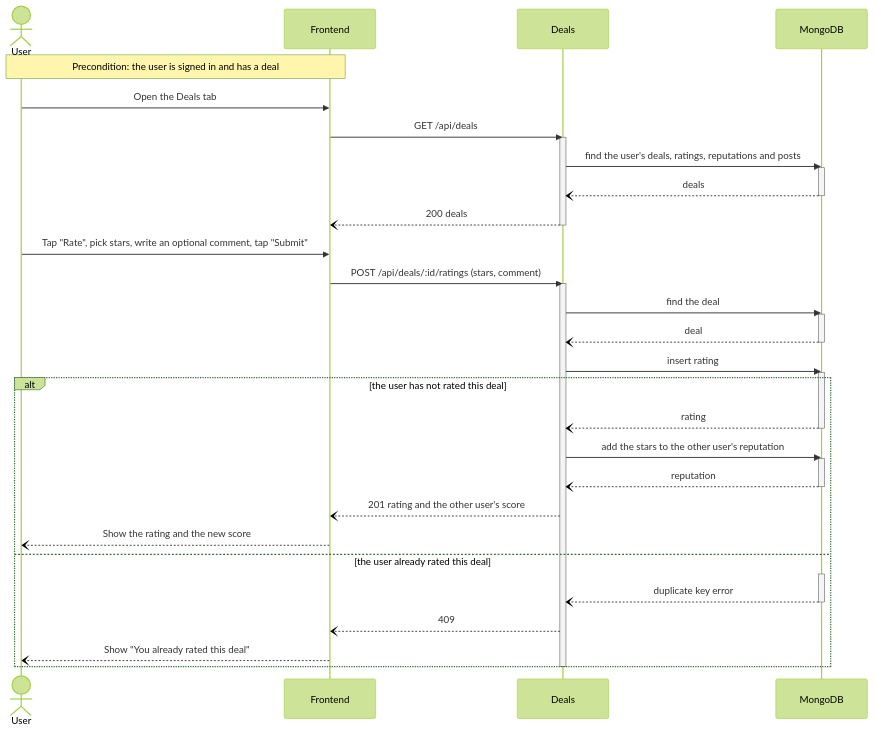
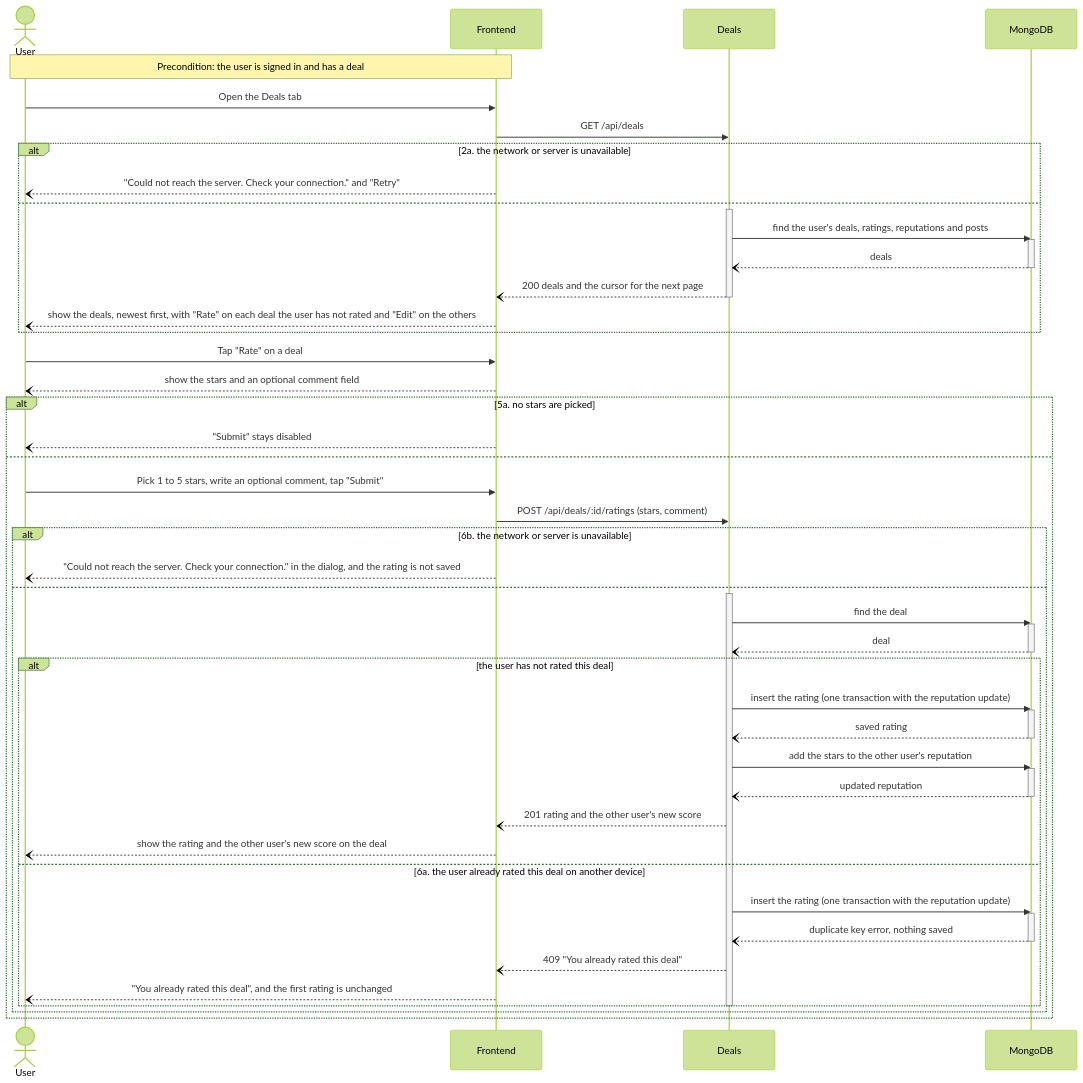
The third of 6 diagrams in documentation/Requirements_and_Design.md (UBC-CPEN-V-321/W2026), drawn with Mermaid (forest theme) before and after one commit. The commit also changed other lines of this file and 1 other file, not shown here.

First line of the commit message:
docs: record the CP3 peer reviews and show every failure in the sequence diagrams (#214)

````diff
--- a/documentation/Requirements_and_Design.md
+++ b/documentation/Requirements_and_Design.md
@@ -532,43 +547,59 @@
 ```mermaid
 sequenceDiagram
     actor U as User
     participant FE as Frontend
     participant D as Deals
     participant DB as MongoDB
     Note over U,FE: Precondition: the user is signed in and has a deal
     U->>FE: Open the Deals tab
     FE->>D: GET /api/deals
-    activate D
-    D->>DB: find the user's deals, ratings, reputations and posts
-    activate DB
-    DB--)D: deals
-    deactivate DB
-    D--)FE: 200 deals
-    deactivate D
-    U->>FE: Tap "Rate", pick stars, write an optional comment, tap "Submit"
-    FE->>D: POST /api/deals/:id/ratings (stars, comment)
-    activate D
-    D->>DB: find the deal
-    activate DB
-    DB--)D: deal
-    deactivate DB
-    D->>DB: insert rating
-    activate DB
-    alt the user has not rated this deal
-        DB--)D: rating
+    alt 2a. the network or server is unavailable
+        FE--)U: "Could not reach the server. Check your connection." and "Retry"
+    else
+        activate D
+        D->>DB: find the user's deals, ratings, reputations and posts
+        activate DB
+        DB--)D: deals
         deactivate DB
-        D->>DB: add the stars to the other user's reputation
-        activate DB
-        DB--)D: reputation
-        deactivate DB
-        D--)FE: 201 rating and the other user's score
-        FE--)U: Show the rating and the new score
-    else the user already rated this deal
-        activate DB
-        DB--)D: duplicate key error
-        deactivate DB
-        D--)FE: 409
-        FE--)U: Show "You already rated this deal"
+        D--)FE: 200 deals and the cursor for the next page
+        deactivate D
+        FE--)U: show the deals, newest first, with "Rate" on each deal the user has not rated and "Edit" on the others
     end
-    deactivate D
+    U->>FE: Tap "Rate" on a deal
+    FE--)U: show the stars and an optional comment field
+    alt 5a. no stars are picked
+        FE--)U: "Submit" stays disabled
+    else
+        U->>FE: Pick 1 to 5 stars, write an optional comment, tap "Submit"
+        FE->>D: POST /api/deals/:id/ratings (stars, comment)
+        alt 6b. the network or server is unavailable
+            FE--)U: "Could not reach the server. Check your connection." in the dialog, and the rating is not saved
+        else
+            activate D
+            D->>DB: find the deal
+            activate DB
+            DB--)D: deal
+            deactivate DB
+            alt the user has not rated this deal
+                D->>DB: insert the rating (one transaction with the reputation update)
+                activate DB
+                DB--)D: saved rating
+                deactivate DB
+                D->>DB: add the stars to the other user's reputation
+                activate DB
+                DB--)D: updated reputation
+                deactivate DB
+                D--)FE: 201 rating and the other user's new score
+                FE--)U: show the rating and the other user's new score on the deal
+            else 6a. the user already rated this deal on another device
+                D->>DB: insert the rating (one transaction with the reputation update)
+                activate DB
+                DB--)D: duplicate key error, nothing saved
+                deactivate DB
+                D--)FE: 409 "You already rated this deal"
+                FE--)U: "You already rated this deal", and the first rating is unchanged
+            end
+            deactivate D
+        end
+    end
 ```
````
